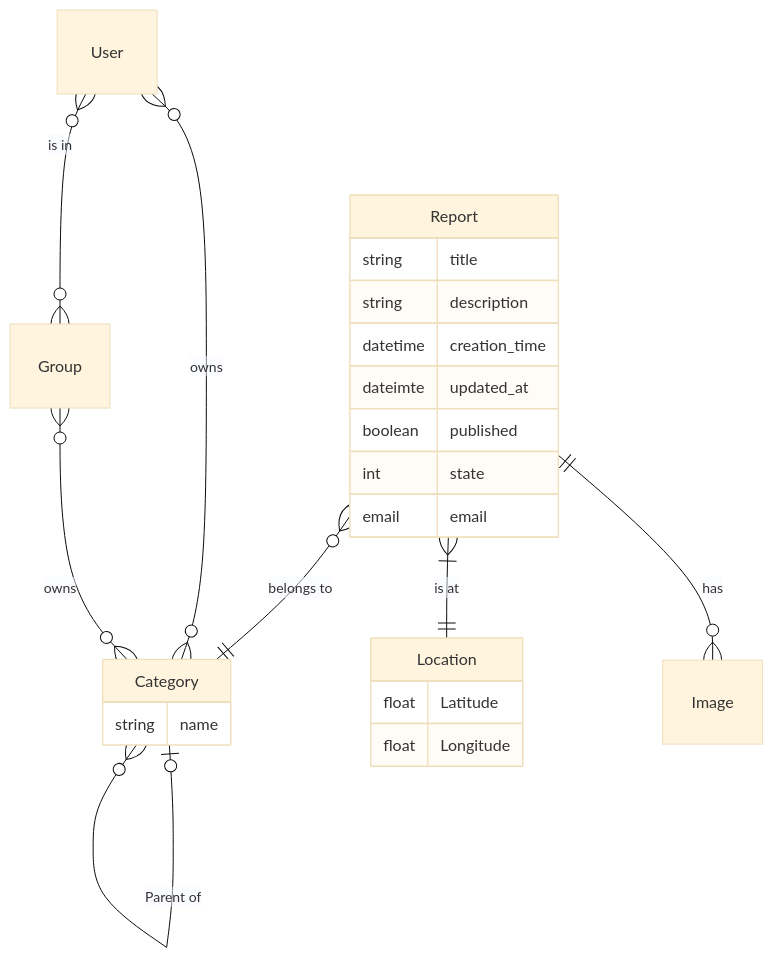
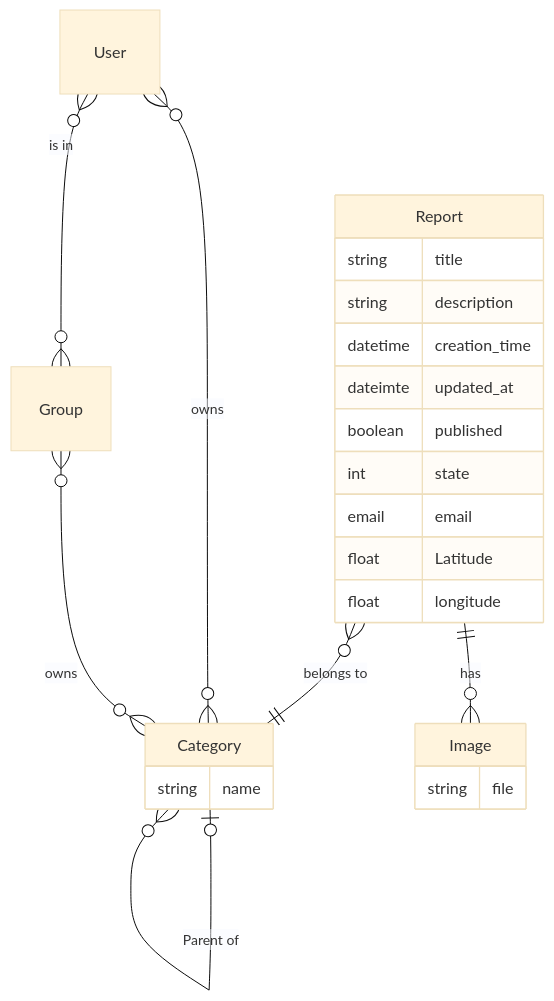
One commit to jmenne07/pinpoint-report changed the diagram in doc/info/model-info.rst. Above: the diagram before and after it, drawn with Mermaid (base theme). The commit also changed other lines of this file and 24 other files, not shown here.

```diff
--- a/doc/info/model-info.rst
+++ b/doc/info/model-info.rst
@@ -20,29 +20,28 @@
 .. mermaid::
 
      erDiagram
         Report{
             string title
             string description
             datetime creation_time
             dateimte updated_at
             boolean published
             int state
             email email
+            float Latitude
+            float longitude
         }
         Category{
             string name
         }
-        Location{
-            float Latitude
-            float Longitude
+        Image{
+            string file
         }
-        Image
         User
         Group
         Report }o--|| Category : "belongs to"
-        Report }| -- || Location: "is at"
         Report || -- o{ Image: "has"
         Category |o--o{Category: "Parent of"
         User }o--o{ Group : "is in"
         User }o--o{ Category: "owns"
         Group }o--o{ Category: "owns"
```
